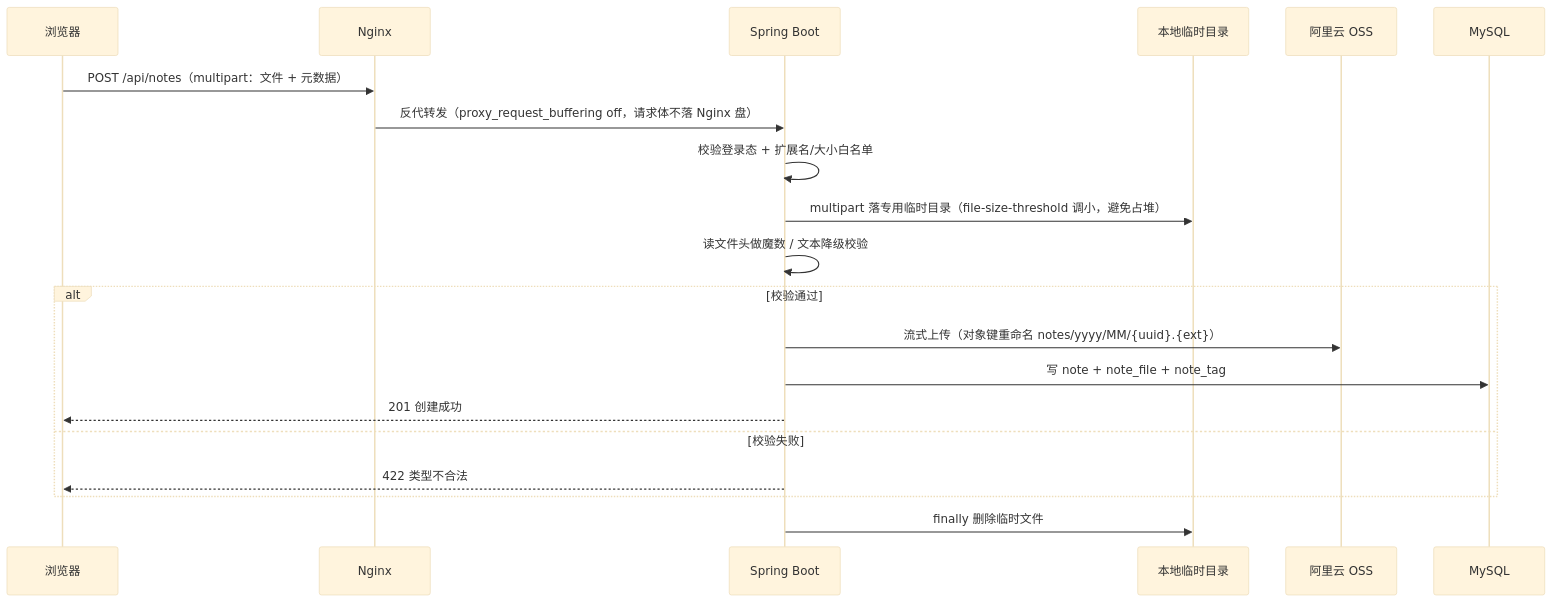
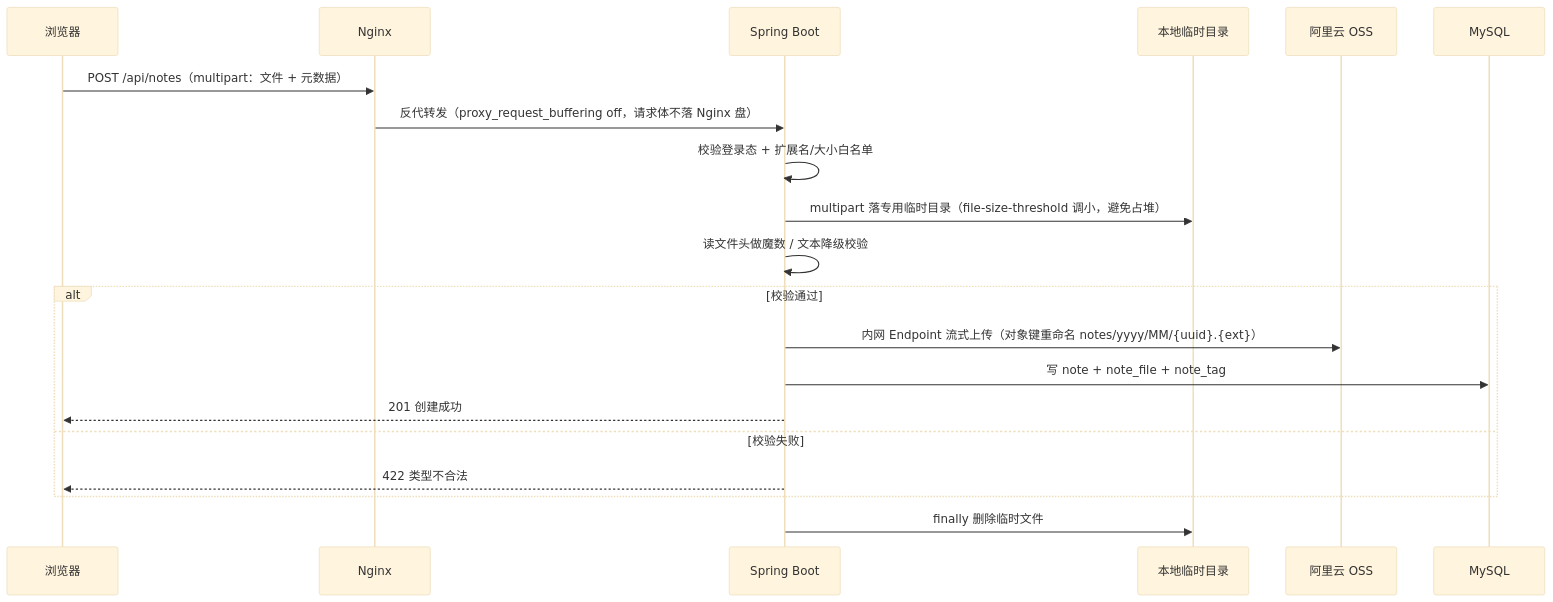
One commit to ShiwarHoufu/jotang-note changed the fourth of 6 diagrams in docs/概要设计.md. Above: the diagram before and after it, drawn with Mermaid (base theme). The commit also changed other lines of this file and 61 other files, not shown here.

````diff
--- a/docs/概要设计.md
+++ b/docs/概要设计.md
@@ -318,22 +347,22 @@
 ```mermaid
 sequenceDiagram
   participant U as 浏览器
   participant NG as Nginx
   participant A as Spring Boot
   participant T as 本地临时目录
   participant O as 阿里云 OSS
   participant DB as MySQL
   U->>NG: POST /api/notes（multipart：文件 + 元数据）
   NG->>A: 反代转发（proxy_request_buffering off，请求体不落 Nginx 盘）
   A->>A: 校验登录态 + 扩展名/大小白名单
   A->>T: multipart 落专用临时目录（file-size-threshold 调小，避免占堆）
   A->>A: 读文件头做魔数 / 文本降级校验
   alt 校验通过
-    A->>O: 流式上传（对象键重命名 notes/yyyy/MM/{uuid}.{ext}）
+    A->>O: 内网 Endpoint 流式上传（对象键重命名 notes/yyyy/MM/{uuid}.{ext}）
     A->>DB: 写 note + note_file + note_tag
     A-->>U: 201 创建成功
   else 校验失败
     A-->>U: 422 类型不合法
   end
   A->>T: finally 删除临时文件
 ```
````
